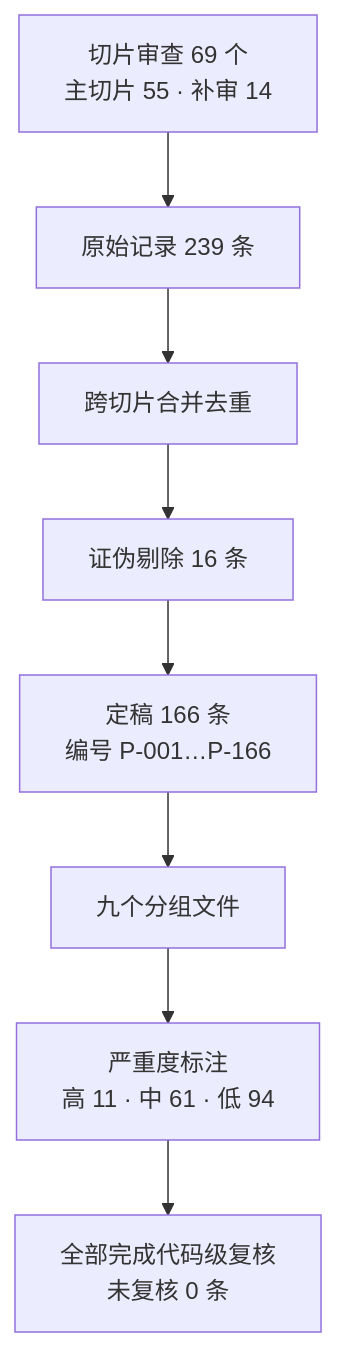
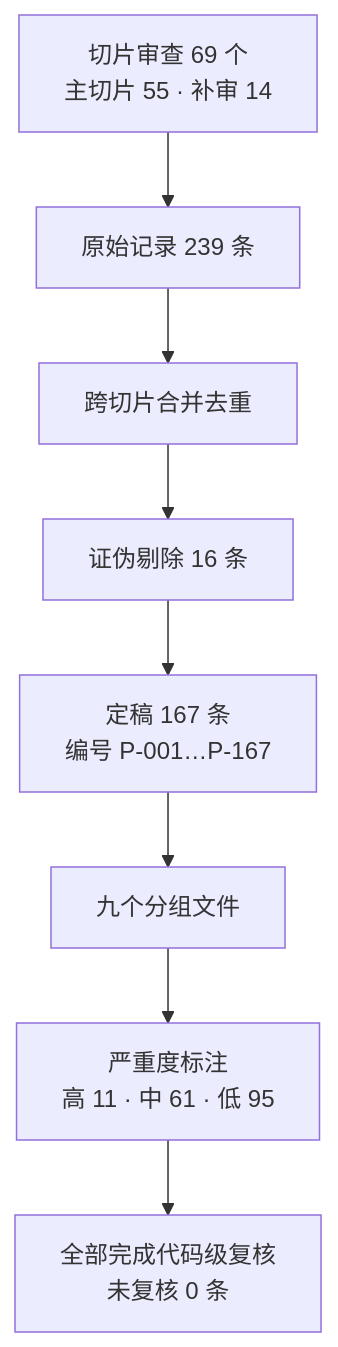
The diagram in note/problem/README.md (hershate/Deep-tutor), drawn with Mermaid before and after one commit. The commit also changed other lines of this file and 1 other file, not shown here.

````diff
--- a/note/problem/README.md
+++ b/note/problem/README.md
@@ -72,10 +72,10 @@
 ```mermaid
 flowchart TD
   A["切片审查 69 个<br/>主切片 55 · 补审 14"] --> B["原始记录 239 条"]
   B --> C["跨切片合并去重"]
   C --> D["证伪剔除 16 条"]
-  D --> E["定稿 166 条<br/>编号 P-001…P-166"]
+  D --> E["定稿 167 条<br/>编号 P-001…P-167"]
   E --> F["九个分组文件"]
-  F --> G["严重度标注<br/>高 11 · 中 61 · 低 94"]
+  F --> G["严重度标注<br/>高 11 · 中 61 · 低 95"]
   G --> H["全部完成代码级复核<br/>未复核 0 条"]
 ```
````
